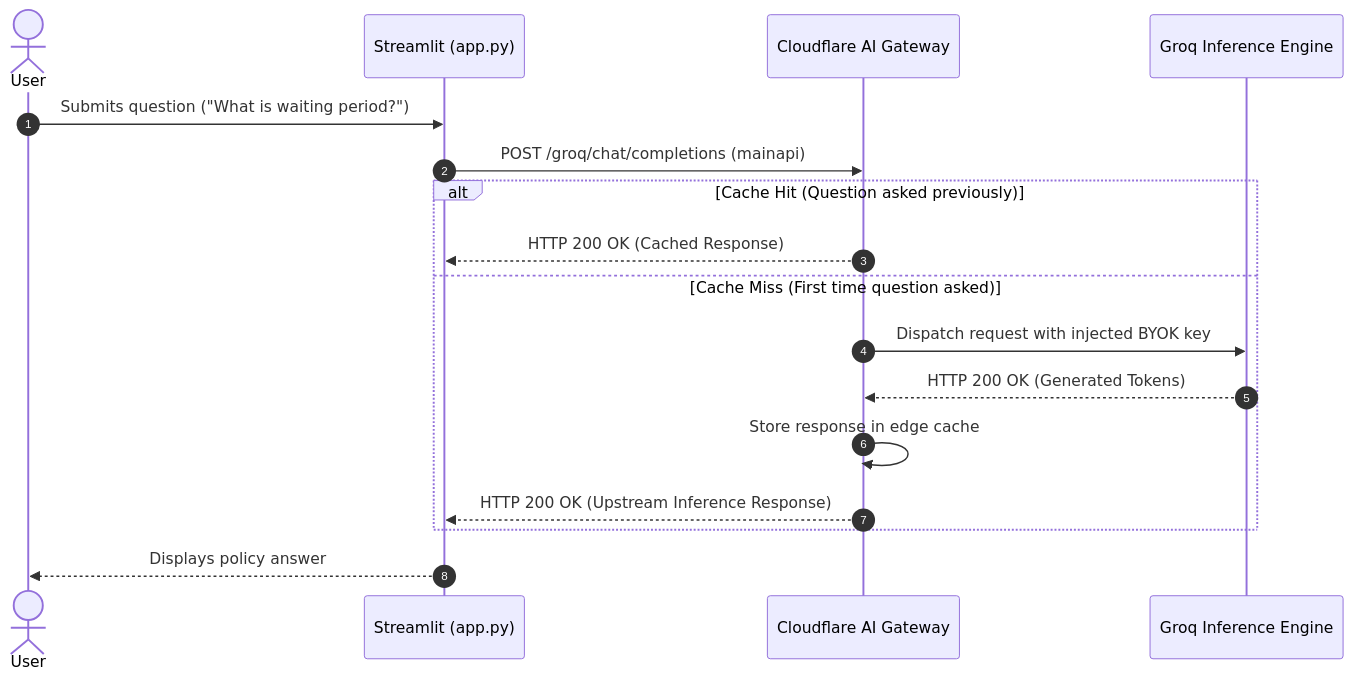
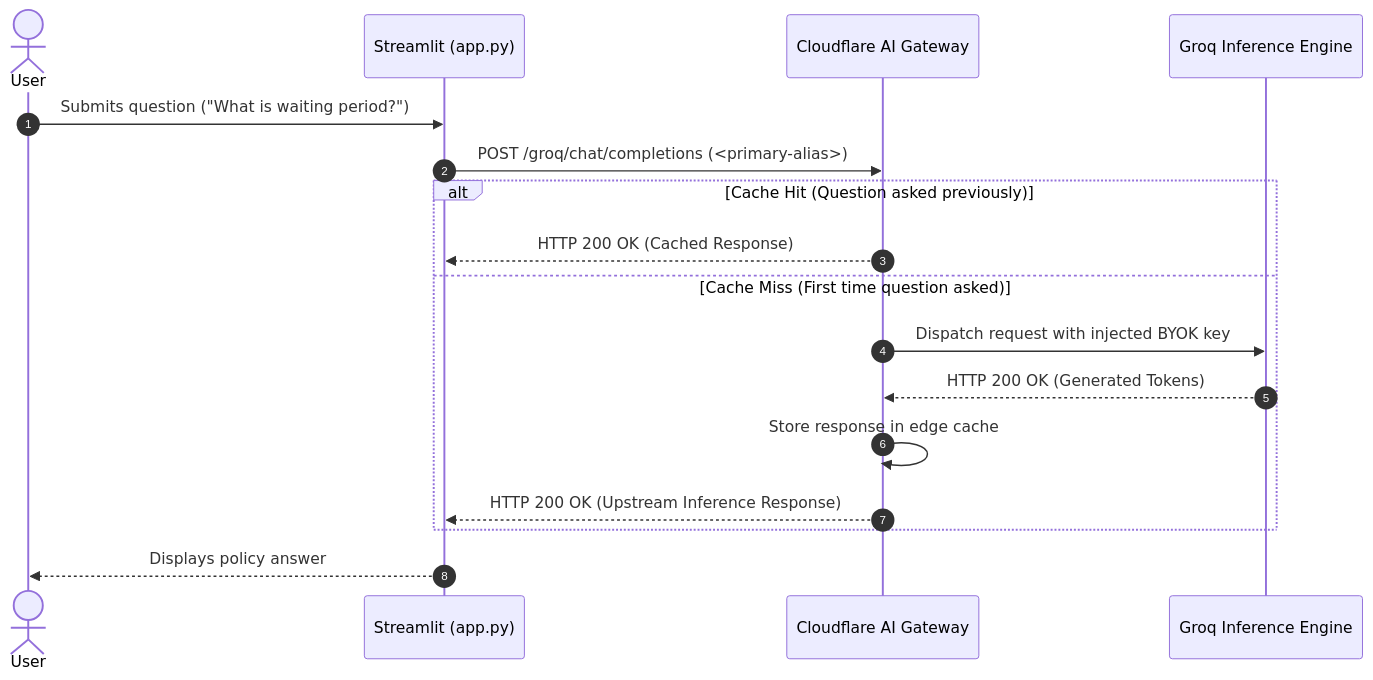
The second of 2 diagrams in docs/04 LLM Gateways.md (vaghela-meetraj/PolicyScan), drawn with Mermaid before and after one commit. The commit also changed other lines of this file and 6 other files, not shown here.

````diff
--- a/docs/04 LLM Gateways.md
+++ b/docs/04 LLM Gateways.md
@@ -121,22 +121,22 @@
 ```mermaid
 sequenceDiagram
     autonumber
     actor User
     participant App as Streamlit (app.py)
     participant Edge as Cloudflare AI Gateway
     participant Groq as Groq Inference Engine
 
     User->>App: Submits question ("What is waiting period?")
-    App->>Edge: POST /groq/chat/completions (mainapi)
+    App->>Edge: POST /groq/chat/completions (<primary-alias>)
     
     alt Cache Hit (Question asked previously)
         Edge-->>App: HTTP 200 OK (Cached Response)
     else Cache Miss (First time question asked)
         Edge->>Groq: Dispatch request with injected BYOK key
         Groq-->>Edge: HTTP 200 OK (Generated Tokens)
         Edge->>Edge: Store response in edge cache
         Edge-->>App: HTTP 200 OK (Upstream Inference Response)
     end
     
     App-->>User: Displays policy answer
 ```
````
